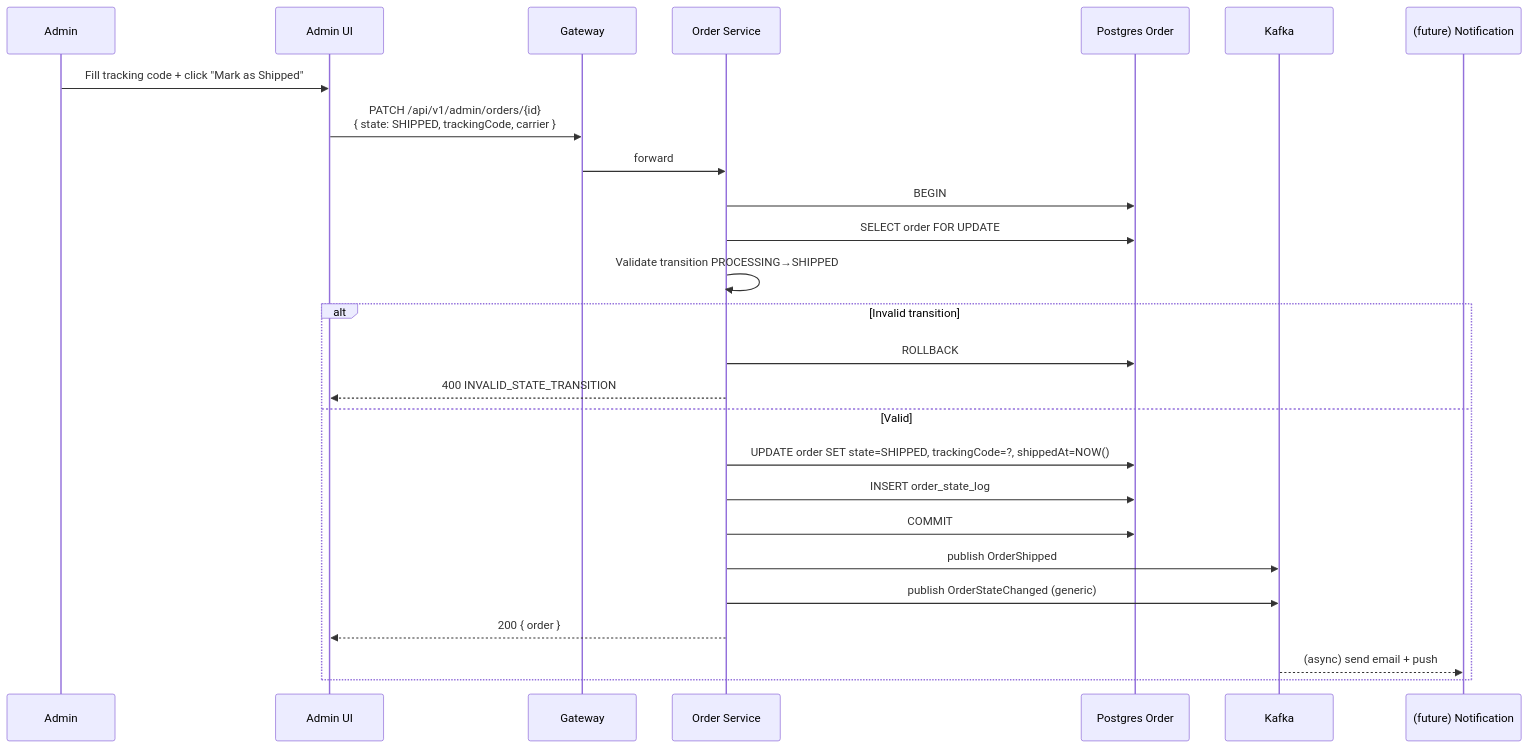
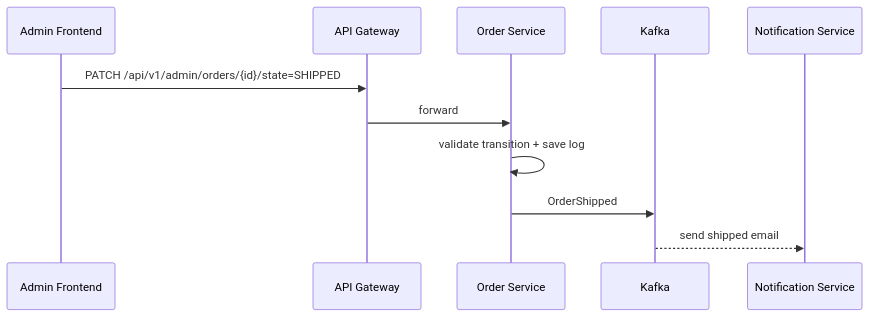
The fifth of 5 diagrams in architecture/02-sequence-diagrams.md (dminhduc250136/ptit_htpt), drawn with Mermaid before and after one commit. The commit also changed other lines of this file and 30 other files, not shown here.

````diff
--- a/architecture/02-sequence-diagrams.md
+++ b/architecture/02-sequence-diagrams.md
@@ -237,29 +85,14 @@
 ```mermaid
 sequenceDiagram
-    participant A as Admin
-    participant FE as Admin UI
-    participant GW as Gateway
+    participant FE as Admin Frontend
+    participant GW as API Gateway
     participant OS as Order Service
-    participant DB as Postgres Order
     participant K as Kafka
-    participant NOT as (future) Notification
+    participant N as Notification Service
 
-    A->>FE: Fill tracking code + click "Mark as Shipped"
-    FE->>GW: PATCH /api/v1/admin/orders/{id}<br/>{ state: SHIPPED, trackingCode, carrier }
+    FE->>GW: PATCH /api/v1/admin/orders/{id}/state=SHIPPED
     GW->>OS: forward
-    OS->>DB: BEGIN
-    OS->>DB: SELECT order FOR UPDATE
-    OS->>OS: Validate transition PROCESSING→SHIPPED
-    alt Invalid transition
-        OS->>DB: ROLLBACK
-        OS-->>FE: 400 INVALID_STATE_TRANSITION
-    else Valid
-        OS->>DB: UPDATE order SET state=SHIPPED, trackingCode=?, shippedAt=NOW()
-        OS->>DB: INSERT order_state_log
-        OS->>DB: COMMIT
-        OS->>K: publish OrderShipped
-        OS->>K: publish OrderStateChanged (generic)
-        OS-->>FE: 200 { order }
-        K-->>NOT: (async) send email + push
-    end
+    OS->>OS: validate transition + save log
+    OS->>K: OrderShipped
+    K-->>N: send shipped email
 ```
````
